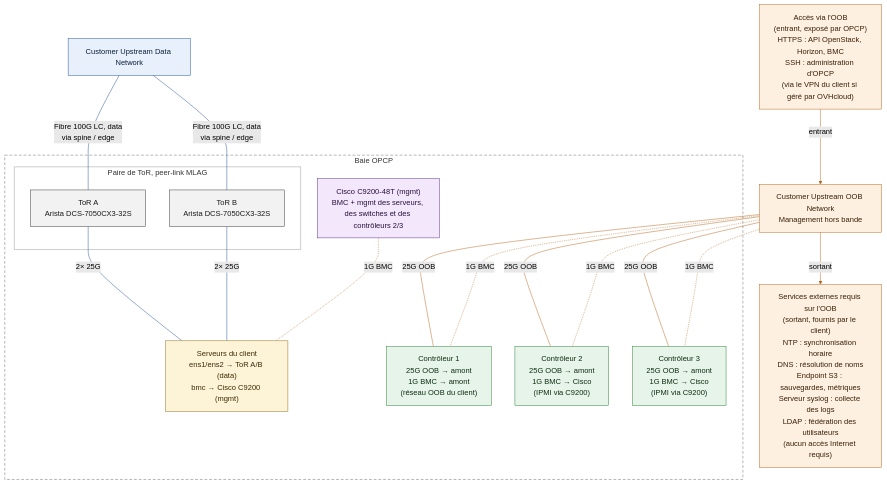
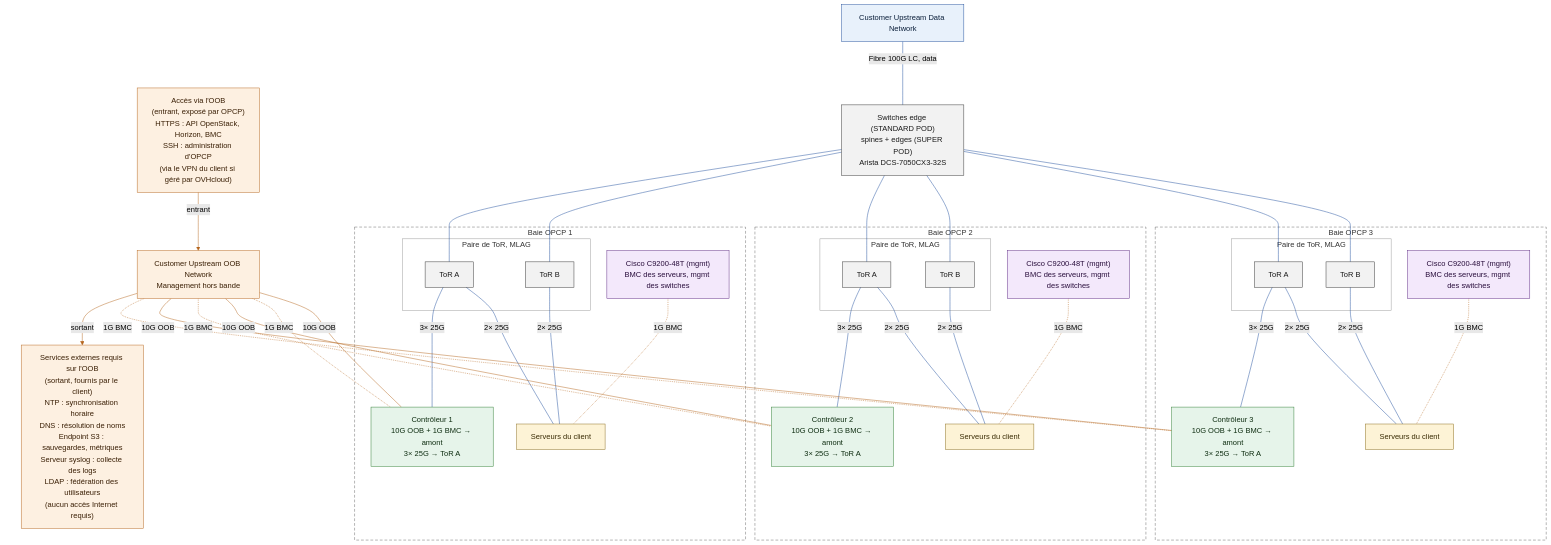
The second of 2 diagrams in docs/fr/guides/hosted-private-cloud/opcp/opcp-network-architecture.mdx (ovh/ovhcloud-docs), drawn with Mermaid (forest theme) before and after one commit. The commit also changed other lines of this file and 5 other files, not shown here.

First line of the commit message:
docs(opcp): align the network diagrams with the hardware catalog and rack designer

````diff
--- a/docs/fr/guides/hosted-private-cloud/opcp/opcp-network-architecture.mdx
+++ b/docs/fr/guides/hosted-private-cloud/opcp/opcp-network-architecture.mdx
@@ -163,43 +164,81 @@
 ```mermaid
 flowchart TB
-    accTitle: Topologie OPCP STANDARD POD et SUPER POD, 3 contrôleurs
-    accDescr: Les serveurs du client sont reliés à ToR A et ToR B en 2x25G, et les ToR remontent vers le réseau de données du client en fibre 100G via les commutateurs spine et edge ; les BMC des serveurs sont reliés au switch de management Cisco. Chacun des trois OPCP Core Controllers remonte vers le réseau OOB du client en fibre 25G, plus un lien 1G RJ45 pour son BMC. Via le réseau OOB, OPCP expose les accès HTTPS et SSH et joint les services NTP, DNS, S3, syslog et LDAP fournis par le client.
-    subgraph RACK["Baie OPCP"]
-        SRV["Serveurs du client<br/>ens1/ens2 → ToR A/B (data)<br/>bmc → Cisco C9200 (mgmt)"]:::server
-        MGMT["Cisco C9200-48T (mgmt)<br/>BMC + mgmt des serveurs, des switches et des contrôleurs 2/3"]:::mgmt
-        subgraph TOR["Paire de ToR, peer-link MLAG"]
-            TORA["ToR A<br/>Arista DCS-7050CX3-32S"]:::switch
-            TORB["ToR B<br/>Arista DCS-7050CX3-32S"]:::switch
+    accTitle: Topologie OPCP STANDARD POD et SUPER POD, 3 contrôleurs dans 3 baies
+    accDescr: Trois baies OPCP comptant chacune un contrôleur. Dans chaque baie, les serveurs du client sont reliés à ToR A et ToR B en 2x25G et leurs BMC au switch de management Cisco ; le contrôleur est relié à ToR A en 3x25G et au réseau OOB du client en fibre 10G, plus un lien 1G RJ45 pour son BMC. Les ToR de chaque baie remontent vers les switches edge (et les spines en SUPER POD), reliés au réseau de données du client en fibre 100G. Via le réseau OOB, OPCP expose les accès HTTPS et SSH et joint les services NTP, DNS, S3, syslog et LDAP fournis par le client.
+    subgraph R1["Baie OPCP 1"]
+        subgraph P1["Paire de ToR, MLAG"]
+            TA1["ToR A"]:::switch
+            TB1["ToR B"]:::switch
         end
-        C1["Contrôleur 1<br/>25G OOB → amont<br/>1G BMC → amont<br/>(réseau OOB du client)"]:::ctrl
-        C2["Contrôleur 2<br/>25G OOB → amont<br/>1G BMC → Cisco<br/>(IPMI via C9200)"]:::ctrl
-        C3["Contrôleur 3<br/>25G OOB → amont<br/>1G BMC → Cisco<br/>(IPMI via C9200)"]:::ctrl
+        M1["Cisco C9200-48T (mgmt)<br/>BMC des serveurs, mgmt des switches"]:::mgmt
+        S1["Serveurs du client"]:::server
+        C1["Contrôleur 1<br/>10G OOB + 1G BMC → amont<br/>3× 25G → ToR A"]:::ctrl
+    end
+    subgraph R2["Baie OPCP 2"]
+        subgraph P2["Paire de ToR, MLAG"]
+            TA2["ToR A"]:::switch
+            TB2["ToR B"]:::switch
+        end
+        M2["Cisco C9200-48T (mgmt)<br/>BMC des serveurs, mgmt des switches"]:::mgmt
+        S2["Serveurs du client"]:::server
+        C2["Contrôleur 2<br/>10G OOB + 1G BMC → amont<br/>3× 25G → ToR A"]:::ctrl
+    end
+    subgraph R3["Baie OPCP 3"]
+        subgraph P3["Paire de ToR, MLAG"]
+            TA3["ToR A"]:::switch
+            TB3["ToR B"]:::switch
+        end
+        M3["Cisco C9200-48T (mgmt)<br/>BMC des serveurs, mgmt des switches"]:::mgmt
+        S3["Serveurs du client"]:::server
+        C3["Contrôleur 3<br/>10G OOB + 1G BMC → amont<br/>3× 25G → ToR A"]:::ctrl
     end
     DATA["Customer Upstream Data Network"]:::data
-    OOB["Customer Upstream OOB Network<br/>Management hors bande"]:::oob
-    IN["Accès via l'OOB<br/>(entrant, exposé par OPCP)<br/>HTTPS : API OpenStack, Horizon, BMC<br/>SSH : administration d'OPCP<br/>(via le VPN du client si géré par OVHcloud)"]:::oob
-    EXT["Services externes requis sur l'OOB<br/>(sortant, fournis par le client)<br/>NTP : synchronisation horaire<br/>DNS : résolution de noms<br/>Endpoint S3 : sauvegardes, métriques<br/>Serveur syslog : collecte des logs<br/>LDAP : fédération des utilisateurs<br/>(aucun accès Internet requis)"]:::oob
-    DATA ---|"Fibre 100G LC, data<br/>via spine / edge"| TORA
-    DATA ---|"Fibre 100G LC, data<br/>via spine / edge"| TORB
-    TORA ---|"2× 25G"| SRV
-    TORB ---|"2× 25G"| SRV
-    MGMT -.-|"1G BMC"| SRV
-    OOB ---|"25G OOB"| C1
+    subgraph ADM[" "]
+        OOB["Customer Upstream OOB Network<br/>Management hors bande"]:::oob
+        IN["Accès via l'OOB<br/>(entrant, exposé par OPCP)<br/>HTTPS : API OpenStack, Horizon, BMC<br/>SSH : administration d'OPCP<br/>(via le VPN du client si géré par OVHcloud)"]:::oob
+        EXT["Services externes requis sur l'OOB<br/>(sortant, fournis par le client)<br/>NTP : synchronisation horaire<br/>DNS : résolution de noms<br/>Endpoint S3 : sauvegardes, métriques<br/>Serveur syslog : collecte des logs<br/>LDAP : fédération des utilisateurs<br/>(aucun accès Internet requis)"]:::oob
+    end
+    EDGE["Switches edge (STANDARD POD)<br/>spines + edges (SUPER POD)<br/>Arista DCS-7050CX3-32S"]:::switch
+    DATA ---|"Fibre 100G LC, data"| EDGE
+    EDGE --- TB3
+    EDGE --- TA3
+    TA1 ---|"2× 25G"| S1
+    TB1 ---|"2× 25G"| S1
+    TA1 ---|"3× 25G"| C1
+    EDGE --- TB2
+    EDGE --- TA2
+    TA2 ---|"2× 25G"| S2
+    TB2 ---|"2× 25G"| S2
+    TA2 ---|"3× 25G"| C2
+    EDGE --- TB1
+    EDGE --- TA1
+    TA3 ---|"2× 25G"| S3
+    TB3 ---|"2× 25G"| S3
+    TA3 ---|"3× 25G"| C3
+    M1 -.-|"1G BMC"| S1
+    OOB ---|"10G OOB"| C1
     OOB -.-|"1G BMC"| C1
-    OOB ---|"25G OOB"| C2
+    M2 -.-|"1G BMC"| S2
+    OOB ---|"10G OOB"| C2
     OOB -.-|"1G BMC"| C2
-    OOB ---|"25G OOB"| C3
+    M3 -.-|"1G BMC"| S3
+    OOB ---|"10G OOB"| C3
     OOB -.-|"1G BMC"| C3
     IN -->|"entrant"| OOB
     OOB -->|"sortant"| EXT
-    linkStyle 0,1,2,3 stroke:#1f4e9c
-    linkStyle 4,5,6,7,8,9,10,11,12 stroke:#b5651d
-    style RACK fill:none,stroke:#666666,stroke-dasharray:6 4
-    style TOR fill:none,stroke:#999999
+    linkStyle 0,1,2,3,4,5,6,7,8,9,10,11,12,13,14,15 stroke:#1f4e9c
+    linkStyle 16,17,18,19,20,21,22,23,24,25,26 stroke:#b5651d
+    style R1 fill:none,stroke:#666666,stroke-dasharray:6 4
+    style P1 fill:none,stroke:#999999
+    style R2 fill:none,stroke:#666666,stroke-dasharray:6 4
+    style P2 fill:none,stroke:#999999
+    style R3 fill:none,stroke:#666666,stroke-dasharray:6 4
+    style P3 fill:none,stroke:#999999
+    style ADM fill:none,stroke:none
     classDef data fill:#e8f1fb,stroke:#1f4e9c,color:#0b1f3a
     classDef oob fill:#fdf0e1,stroke:#b5651d,color:#3a1f05
     classDef ctrl fill:#e6f4ea,stroke:#2e7d32,color:#0f2e12
     classDef mgmt fill:#f3e8fb,stroke:#5e2a84,color:#2a0f3d
     classDef server fill:#fdf3d6,stroke:#8a6d1d,color:#3a2c05
     classDef switch fill:#f2f2f2,stroke:#333333,color:#1a1a1a
 ```
````
